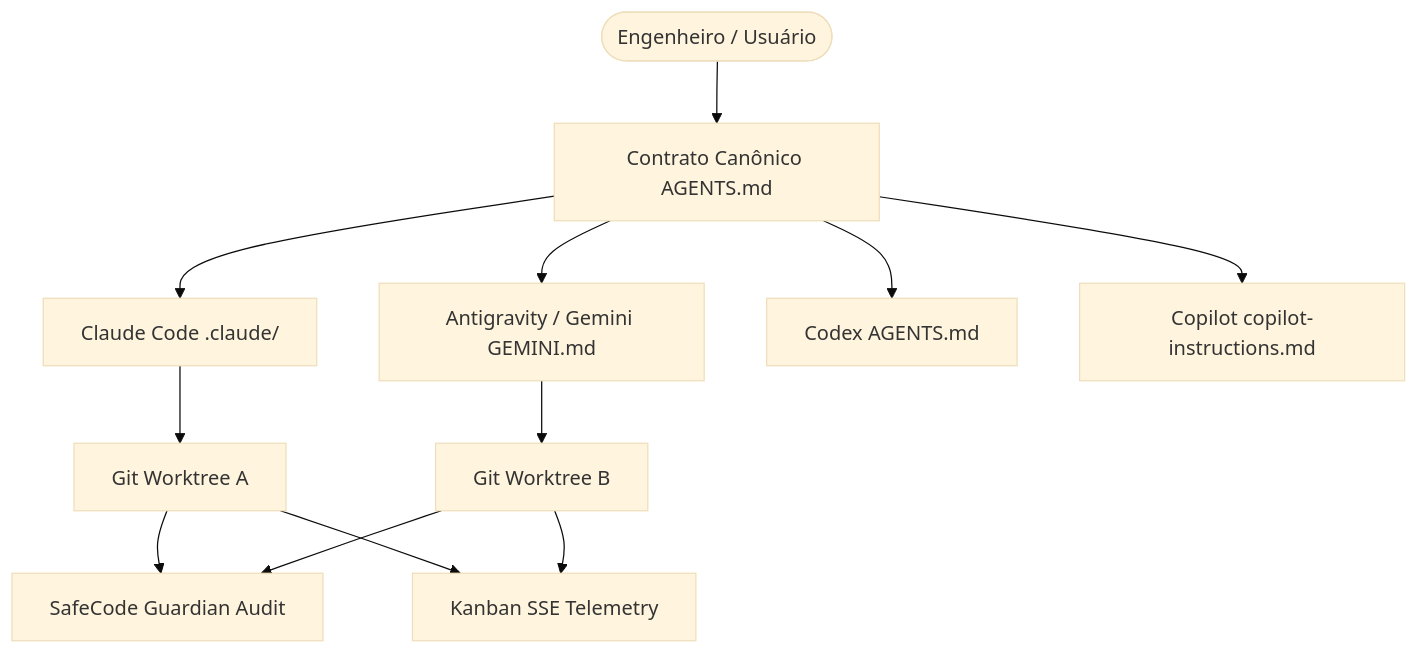
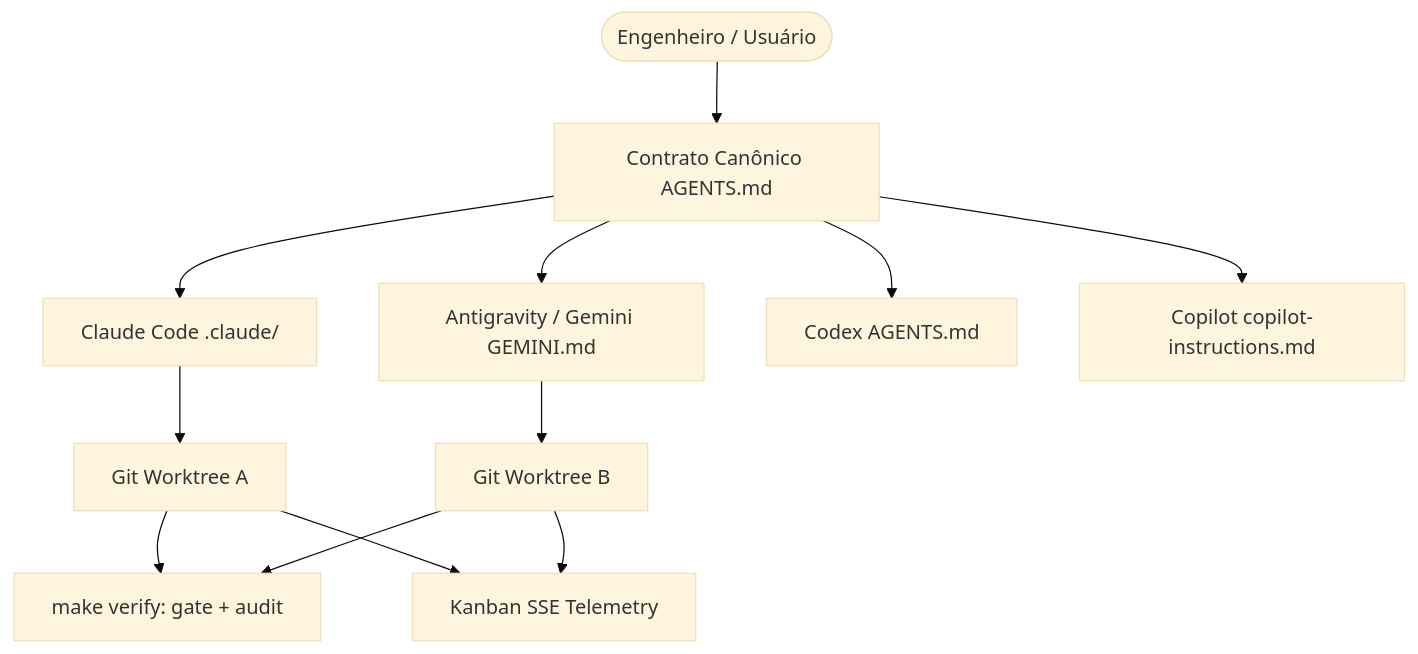
The diagram in docs/ARCHITECTURE.md (diogofrj/multi-harness-starter-pack), drawn with Mermaid (base theme) before and after one commit. The commit also changed 20 other files, not shown here.

First line of the commit message:
refactor!: drop SafeCode Guardian dependency, audit with open tooling

````diff
--- a/docs/ARCHITECTURE.md
+++ b/docs/ARCHITECTURE.md
@@ -6,17 +6,17 @@
 ```mermaid
 graph TD
     User([Engenheiro / Usuário]) --> Contracts[Contrato Canônico AGENTS.md]
     Contracts --> Claude[Claude Code .claude/]
     Contracts --> Gemini[Antigravity / Gemini GEMINI.md]
     Contracts --> Codex[Codex AGENTS.md]
     Contracts --> Copilot[Copilot copilot-instructions.md]
     
     Claude --> WorktreeA[Git Worktree A]
     Gemini --> WorktreeB[Git Worktree B]
     
-    WorktreeA --> Guardian[SafeCode Guardian Audit]
-    WorktreeB --> Guardian
+    WorktreeA --> Verify[make verify: gate + audit]
+    WorktreeB --> Verify
     
     WorktreeA --> Board[Kanban SSE Telemetry]
     WorktreeB --> Board
 ```
````
